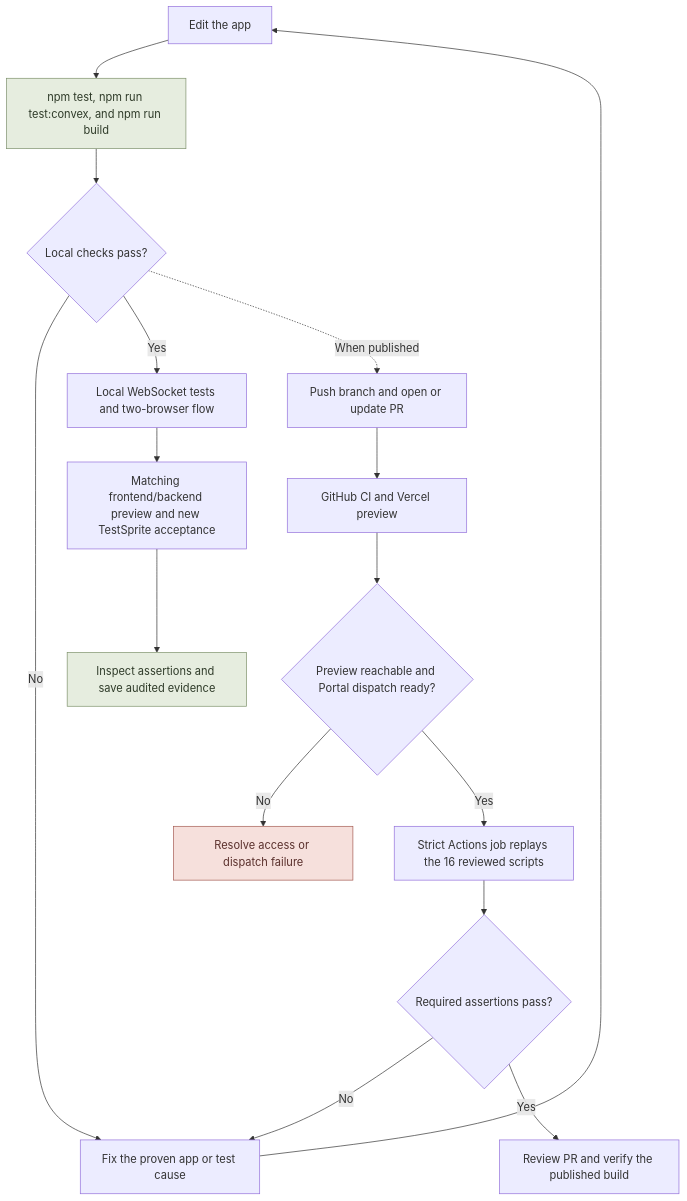
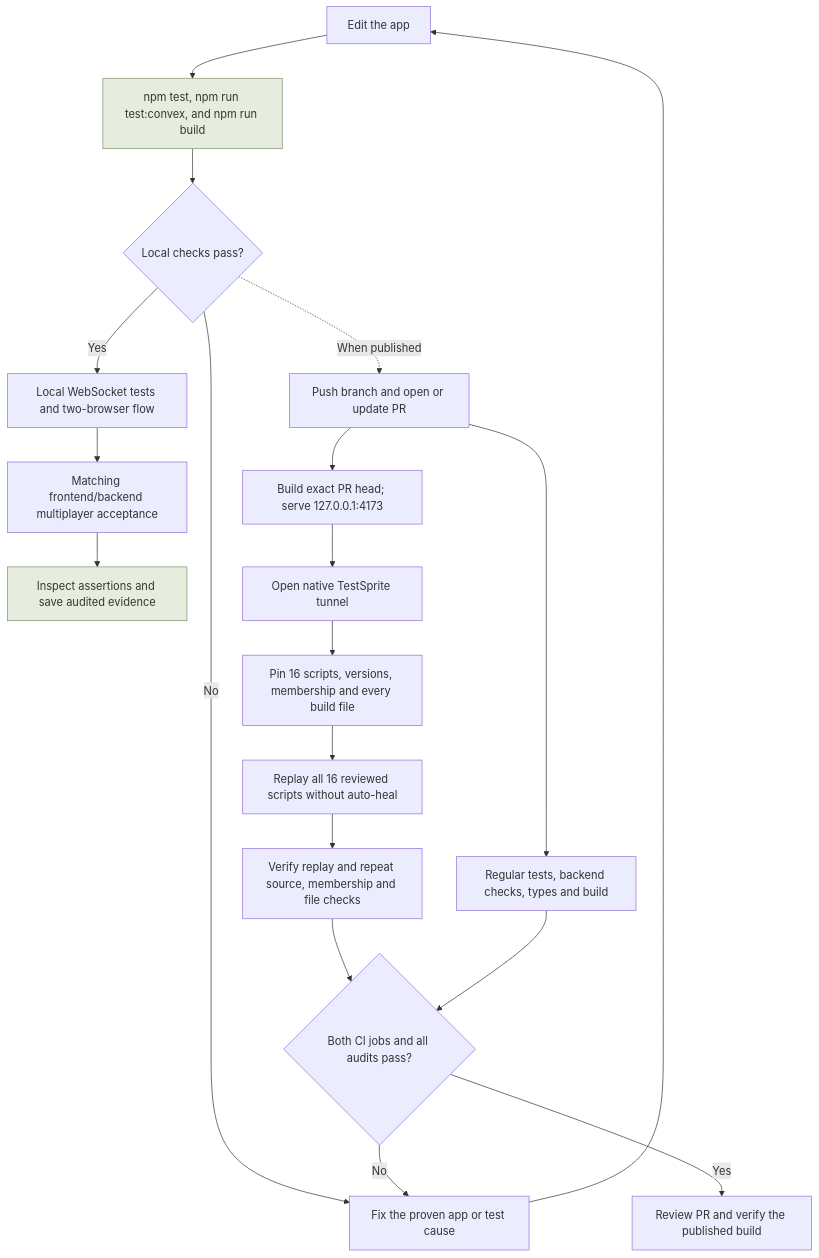
The fourth of 4 diagrams in README.md (Davidson3556/Paperwild), drawn with Mermaid before and after one commit. The commit also changed other lines of this file and 28 other files, not shown here.

````diff
--- a/README.md
+++ b/README.md
@@ -326,23 +332,24 @@
 ```mermaid
 flowchart TD
     changes["Edit the app"] --> localChecks["npm test, npm run test:convex, and npm run build"]
     localChecks --> localPass{"Local checks pass?"}
     localPass -->|"No"| correction["Fix the proven app or test cause"]
     correction --> changes
     localPass -->|"Yes"| live["Local WebSocket tests and two-browser flow"]
-    live --> native["Matching frontend/backend preview and new TestSprite acceptance"]
+    live --> native["Matching frontend/backend multiplayer acceptance"]
     native --> audit["Inspect assertions and save audited evidence"]
     localPass -.->|"When published"| pullRequest["Push branch and open or update PR"]
-    pullRequest --> hosting["GitHub CI and Vercel preview"]
-    hosting --> portalReady{"Preview reachable and Portal dispatch ready?"}
-    portalReady -->|"No"| blocked["Resolve access or dispatch failure"]
-    portalReady -->|"Yes"| portal["Strict Actions job replays the 16 reviewed scripts"]
-    portal --> acceptance{"Required assertions pass?"}
+    pullRequest --> ci["Regular tests, backend checks, types and build"]
+    pullRequest --> exactBuild["Build exact PR head; serve 127.0.0.1:4173"]
+    exactBuild --> tunnel["Open native TestSprite tunnel"]
+    tunnel --> preflight["Pin 16 scripts, versions, membership and every build file"]
+    preflight --> portal["Replay all 16 reviewed scripts without auto-heal"]
+    portal --> postflight["Verify replay and repeat source, membership and file checks"]
+    postflight --> acceptance{"Both CI jobs and all audits pass?"}
+    ci --> acceptance
     acceptance -->|"No"| correction
     acceptance -->|"Yes"| release["Review PR and verify the published build"]
 
     classDef checked fill:#e6eddf,stroke:#7e916c,color:#2f3b29
-    classDef attention fill:#f6e0dc,stroke:#a55c53,color:#5a302c
     class localChecks,audit checked
-    class blocked attention
 ```
````
